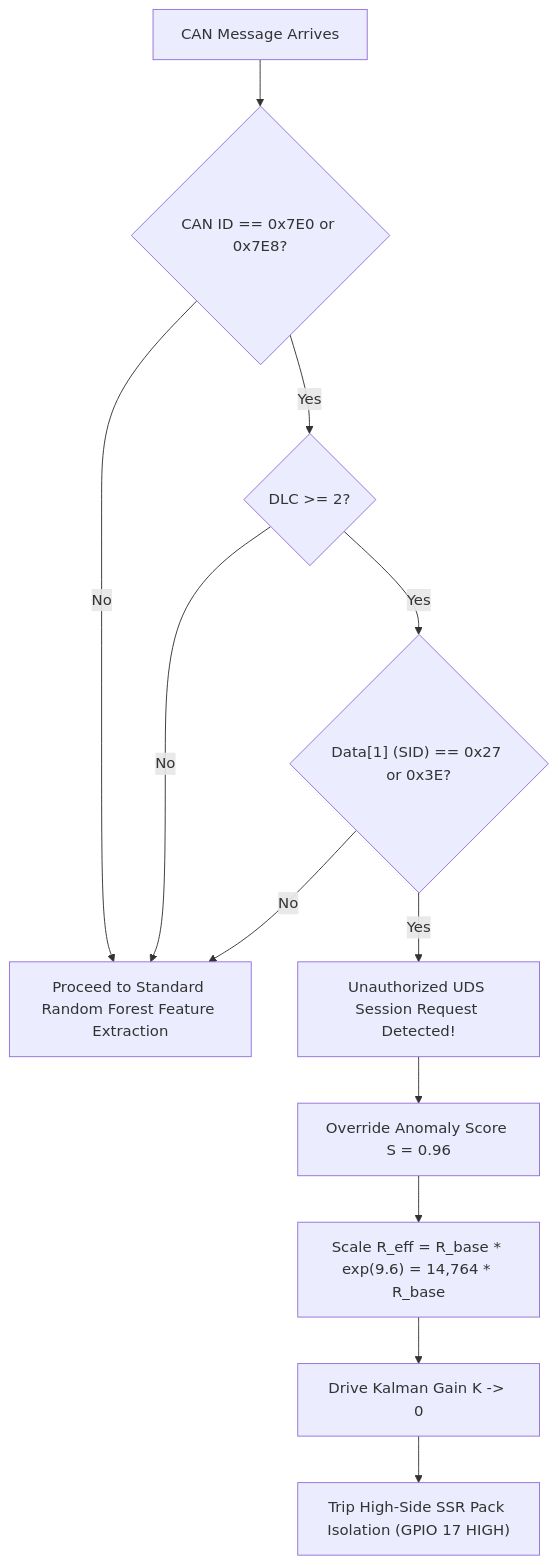
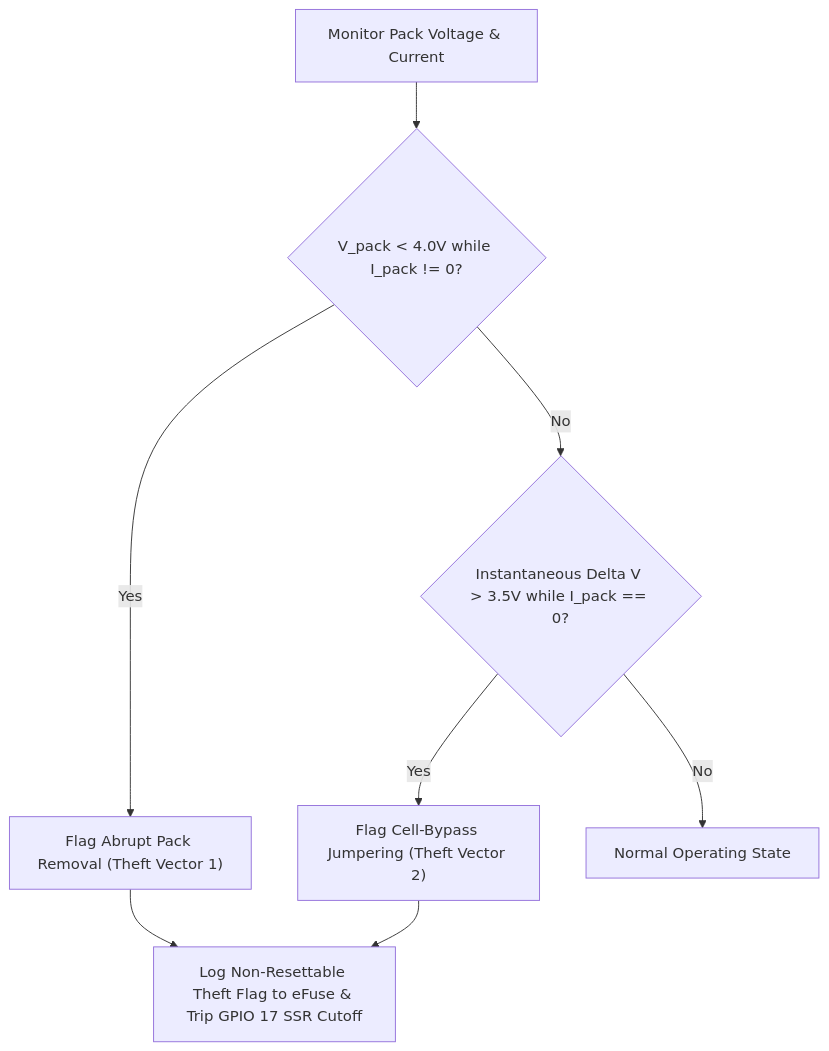
The third of 5 diagrams in docs/FLOWCHARTS.md (gangasagar5928/AI-Hardened-Self-Healing-Battery-Management-System-BMS-), drawn with Mermaid before and after one commit. The commit also changed other lines of this file and 6 other files, not shown here.

Commit message:
feat: integrate 4 high-impact novelties (Digital Battery Passport, Theft Detection, Grid-Aware Charging, Federated Learning) across firmware & docs

````diff
--- a/docs/FLOWCHARTS.md
+++ b/docs/FLOWCHARTS.md
@@ -143,14 +74,9 @@
 ```mermaid
 flowchart TD
-    A["CAN Message Arrives"] --> B{"CAN ID == 0x7E0 or 0x7E8?"}
-    B -- No --> C["Proceed to Standard Random Forest Feature Extraction"]
-    B -- Yes --> D{"DLC >= 2?"}
-    D -- No --> C
-    D -- Yes --> E{"Data[1] (SID) == 0x27 or 0x3E?"}
-    E -- No --> C
-    E -- Yes --> F["Unauthorized UDS Session Request Detected!"]
-    F --> G["Override Anomaly Score S = 0.96"]
-    G --> H["Scale R_eff = R_base * exp(9.6) = 14,764 * R_base"]
-    H --> I["Drive Kalman Gain K -> 0"]
-    I --> J["Trip High-Side SSR Pack Isolation (GPIO 17 HIGH)"]
+    A["Monitor Pack Voltage & Current"] --> B{"V_pack < 4.0V while I_pack != 0?"}
+    B -- Yes --> C["Flag Abrupt Pack Removal (Theft Vector 1)"]
+    B -- No --> D{"Instantaneous Delta V > 3.5V while I_pack == 0?"}
+    D -- Yes --> E["Flag Cell-Bypass Jumpering (Theft Vector 2)"]
+    D -- No --> F["Normal Operating State"]
+    C & E --> G["Log Non-Resettable Theft Flag to eFuse & Trip GPIO 17 SSR Cutoff"]
 ```
````
